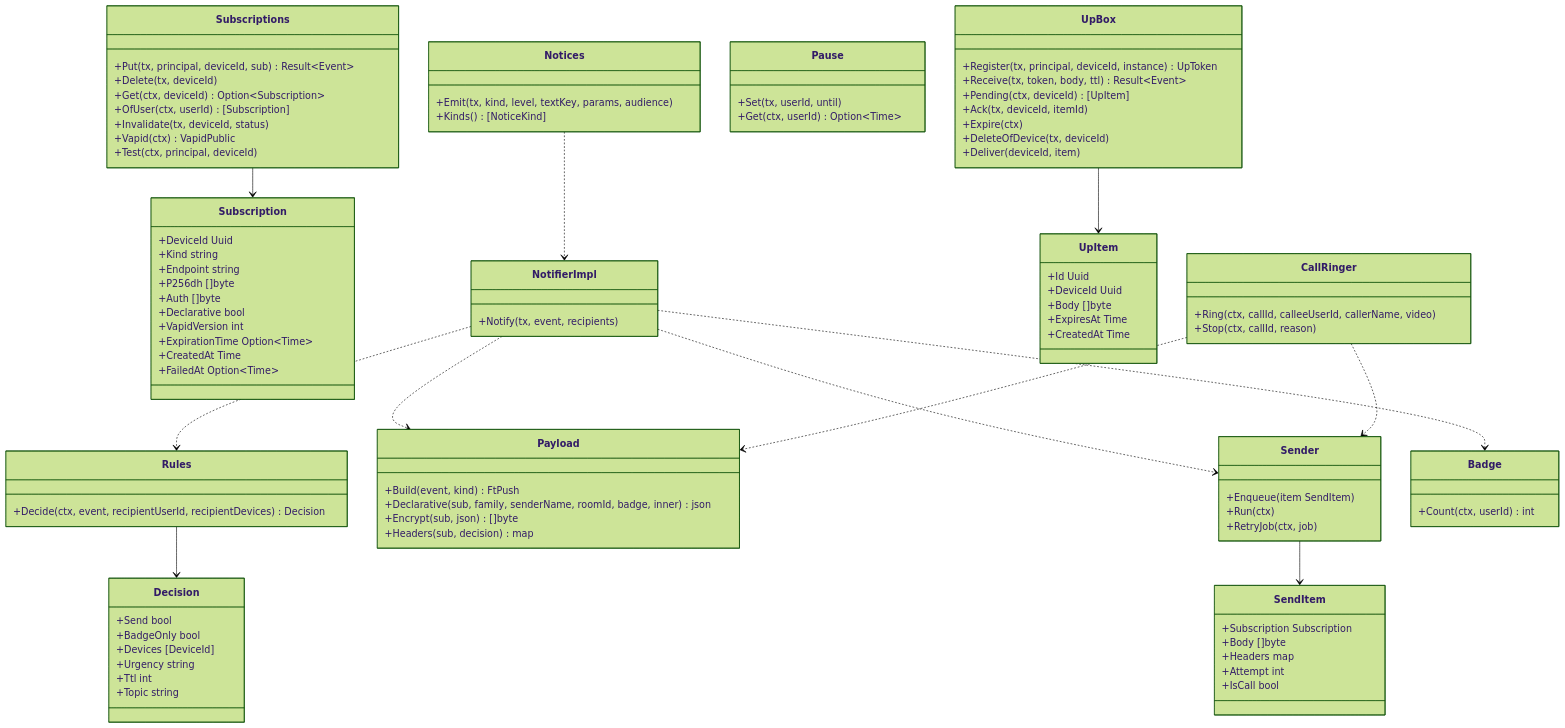
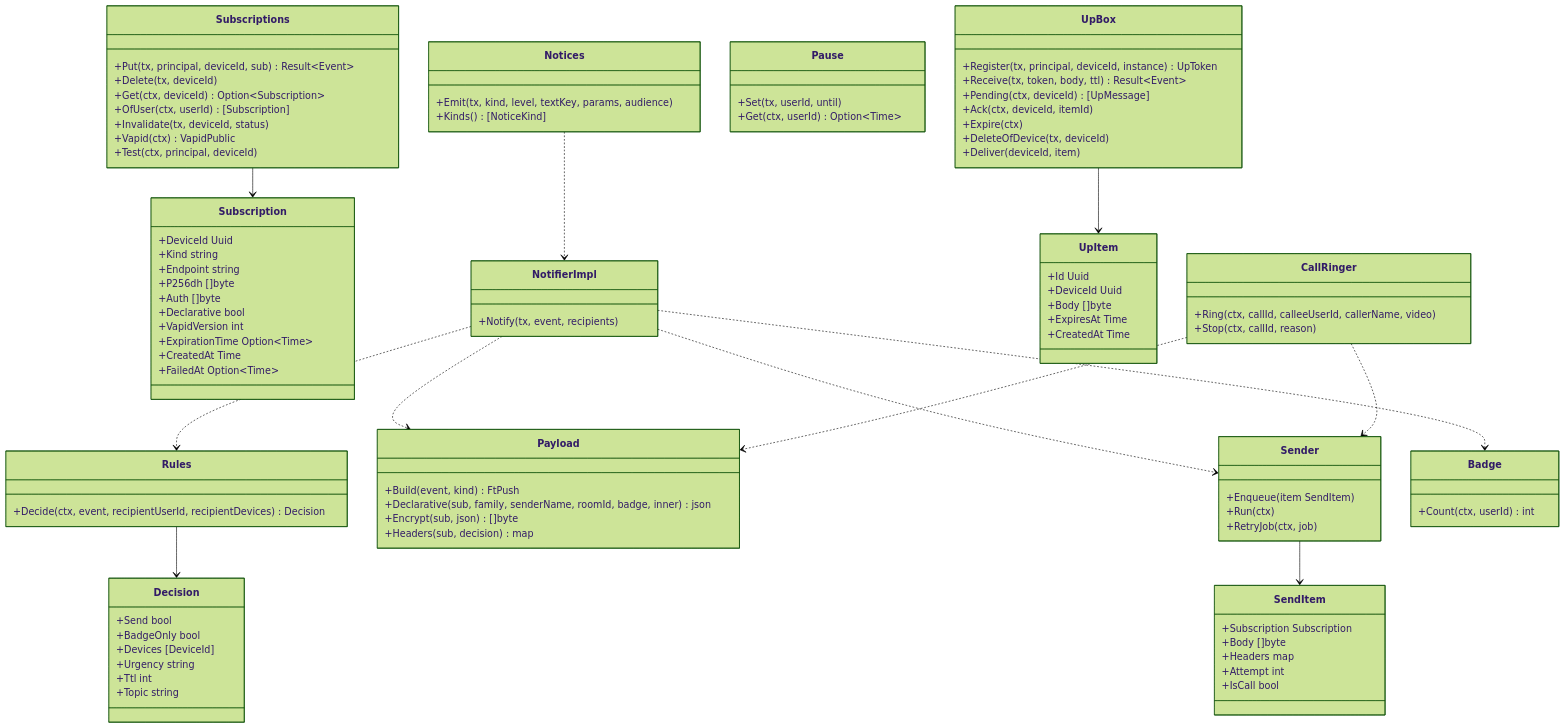
The diagram in dev/docs/jp/ブロック/srv-push.md (nrsd-ishikawasou/family-talk-pwa), drawn with Mermaid (forest theme) before and after one commit. The commit also changed other lines of this file and 290 other files, not shown here.

```diff
--- a/dev/docs/jp/ブロック/srv-push.md
+++ b/dev/docs/jp/ブロック/srv-push.md
@@ -78,8 +106,8 @@
   class UpBox {
     +Register(tx, principal, deviceId, instance) UpToken
     +Receive(tx, token, body, ttl) Result~Event~
-    +Pending(ctx, deviceId) [UpItem]
-    +Ack(tx, deviceId, itemId)
+    +Pending(ctx, deviceId) [UpMessage]
+    +Ack(ctx, deviceId, itemId)
     +Expire(ctx)
     +DeleteOfDevice(tx, deviceId)
     +Deliver(deviceId, item)
```
